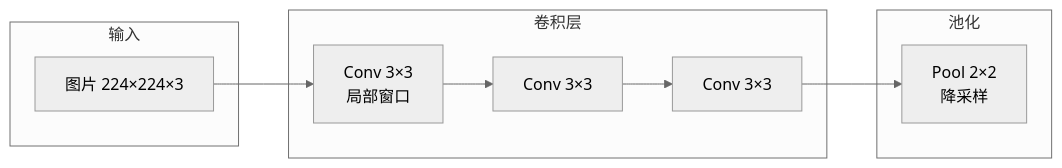
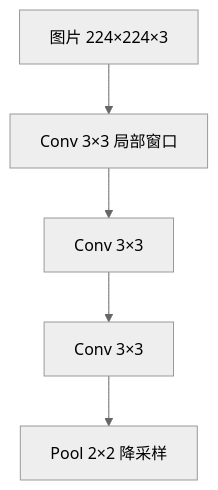
One commit to salad18/AutoDriveLearningNote changed the second of 8 diagrams in 01-基础理论/模型架构演进.md. Above: the diagram before and after it, drawn with Mermaid (neutral theme). The commit also changed other lines of this file and 40 other files, not shown here.

First line of the commit message:
docs: 新增数据闭环/面试/热点系列笔记，mermaid 图统一竖排

````diff
--- a/01-基础理论/模型架构演进.md
+++ b/01-基础理论/模型架构演进.md
@@ -59,15 +59,7 @@
 ```mermaid
-graph LR
-    subgraph 输入
-        IMG[图片 224×224×3]
-    end
-    subgraph 卷积层
-        C1[Conv 3×3<br/>局部窗口]
-        C2[Conv 3×3]
-        C3[Conv 3×3]
-    end
-    subgraph 池化
-        P[Pool 2×2<br/>降采样]
-    end
-    IMG --> C1 --> C2 --> C3 --> P
+flowchart TD
+    IMG[图片 224×224×3] --> C1[Conv 3×3 局部窗口]
+    C1 --> C2[Conv 3×3]
+    C2 --> C3[Conv 3×3]
+    C3 --> P[Pool 2×2 降采样]
 ```
````
